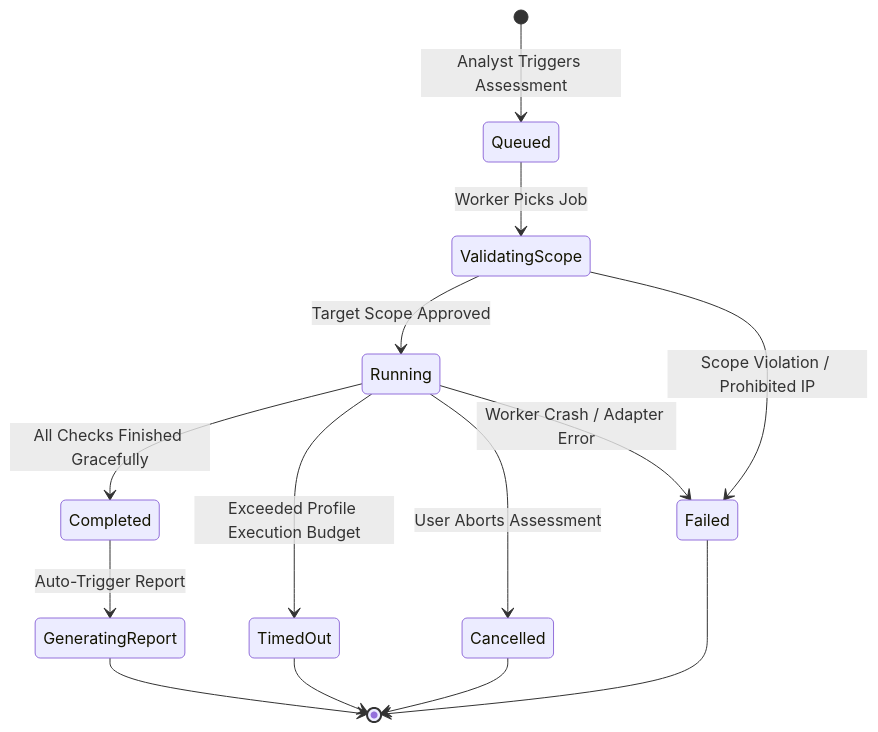
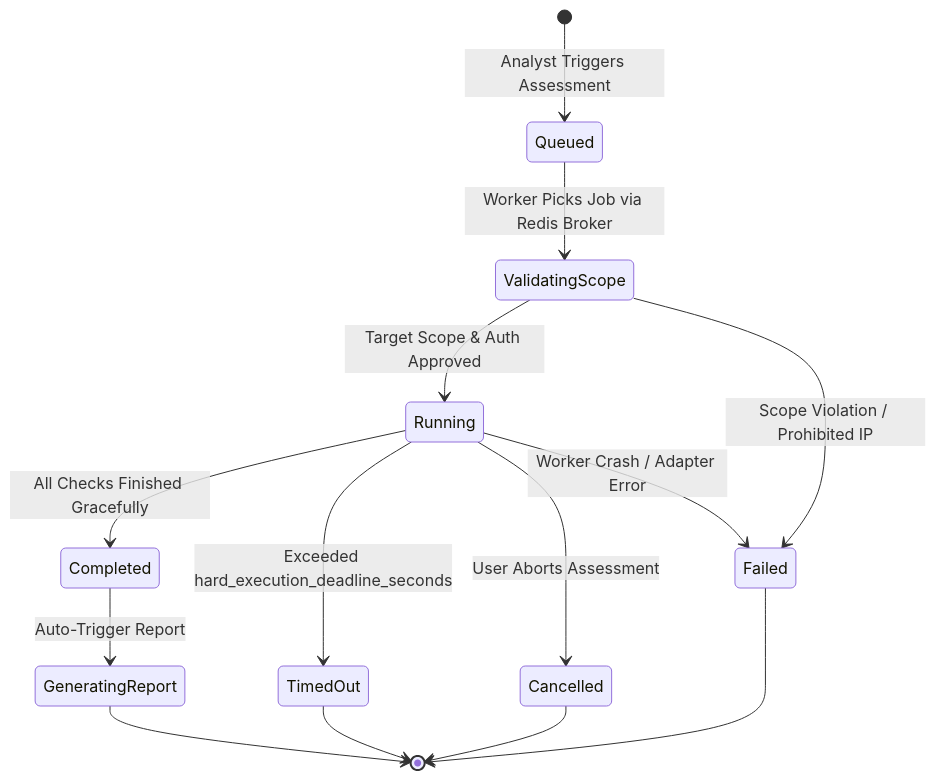
The third of 3 diagrams in docs/MVP_AND_PHASE_BIFURCATION.md (eOzkahq/Kelvin), drawn with Mermaid before and after one commit. The commit also changed other lines of this file and 10 other files, not shown here.

First line of the commit message:
docs(architecture): harmonize foundation specifications and documentation with ADR-0001 through ADR-0005 (P1-26)

````diff
--- a/docs/MVP_AND_PHASE_BIFURCATION.md
+++ b/docs/MVP_AND_PHASE_BIFURCATION.md
@@ -138,19 +137,19 @@
 ```mermaid
 stateDiagram-v2
     [*] --> Queued : Analyst Triggers Assessment
-    Queued --> ValidatingScope : Worker Picks Job
+    Queued --> ValidatingScope : Worker Picks Job via Redis Broker
     
-    ValidatingScope --> Running : Target Scope Approved
+    ValidatingScope --> Running : Target Scope & Auth Approved
     ValidatingScope --> Failed : Scope Violation / Prohibited IP
     
     Running --> Completed : All Checks Finished Gracefully
-    Running --> TimedOut : Exceeded Profile Execution Budget
+    Running --> TimedOut : Exceeded hard_execution_deadline_seconds
     Running --> Cancelled : User Aborts Assessment
     Running --> Failed : Worker Crash / Adapter Error
     
     TimedOut --> [*]
     Cancelled --> [*]
     Failed --> [*]
     Completed --> GeneratingReport : Auto-Trigger Report
     GeneratingReport --> [*]
 ```
````
